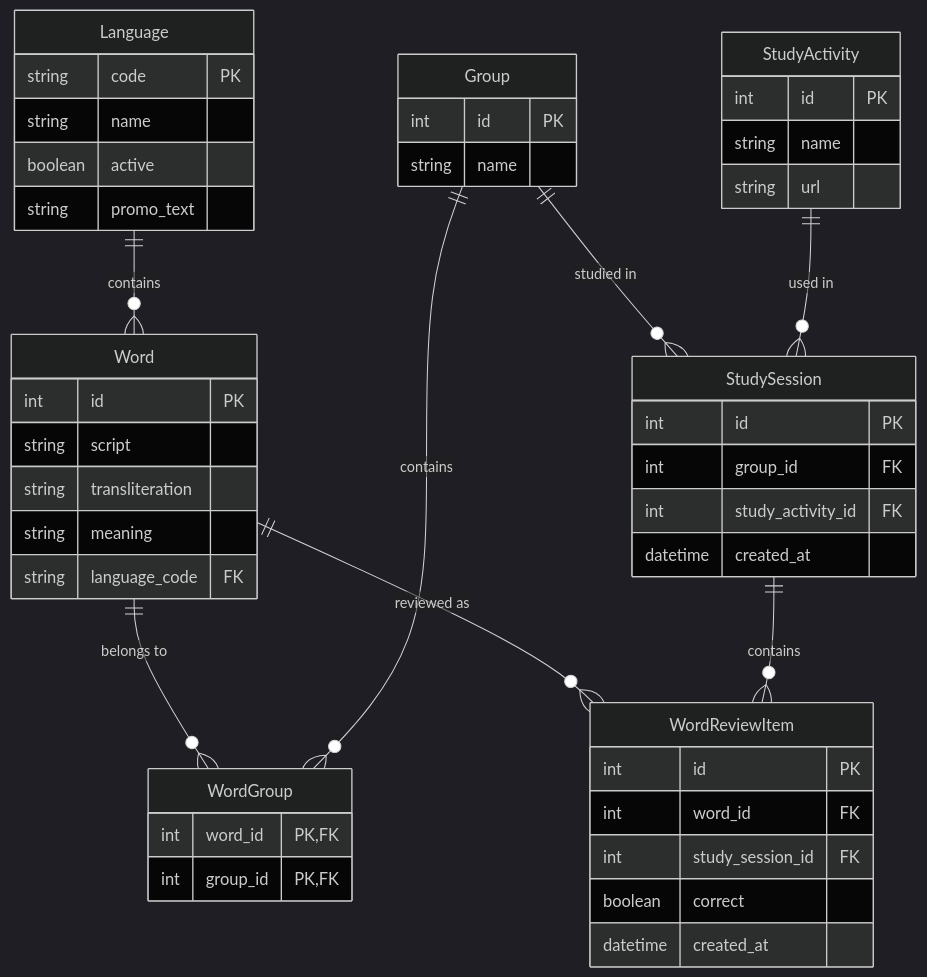
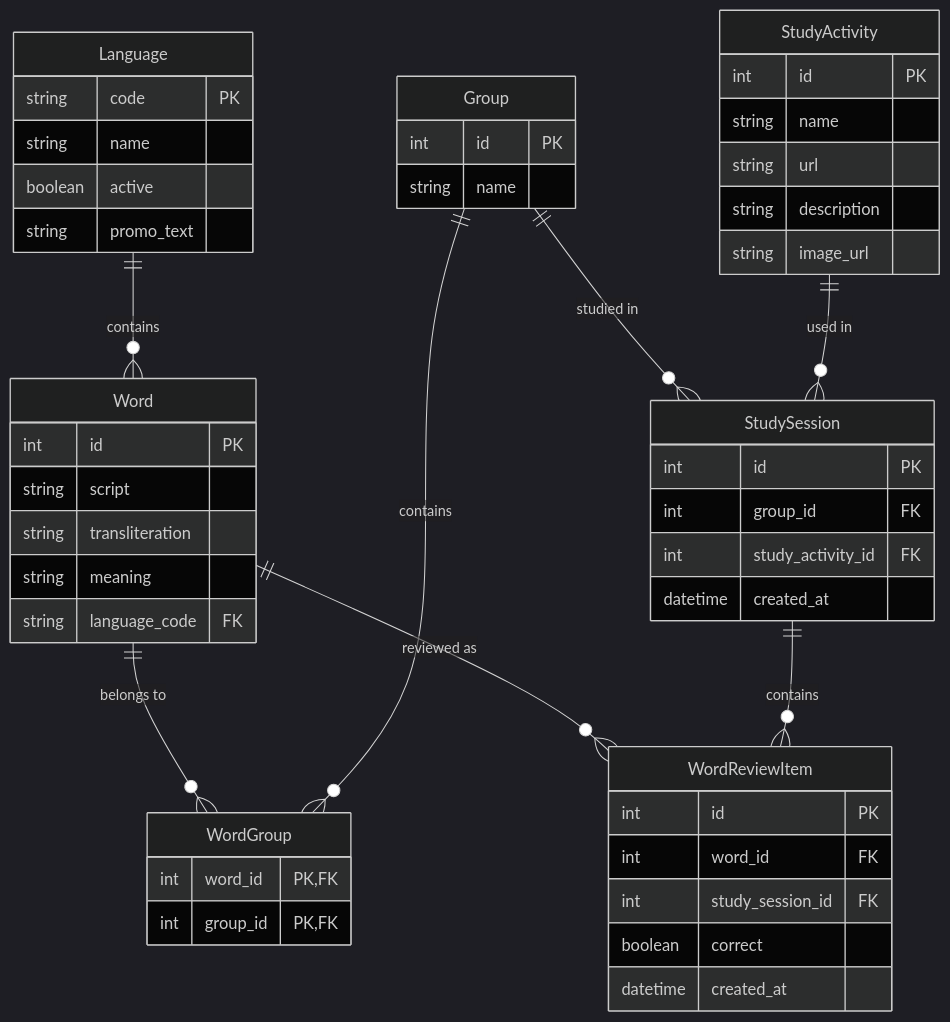
The diagram in lang-portal/tech-specs/backend-technical-specs.md (IbnouT/free-genai-bootcamp-2025), drawn with Mermaid (dark theme) before and after one commit. The commit also changed other lines of this file and 11 other files, not shown here.

````diff
--- a/lang-portal/tech-specs/backend-technical-specs.md
+++ b/lang-portal/tech-specs/backend-technical-specs.md
@@ -34,49 +34,51 @@
 ```mermaid
 erDiagram
     Language ||--o{ Word : "contains"
     Language {
         string code PK
         string name
         boolean active
         string promo_text
     }
     Word ||--o{ WordGroup : "belongs to"
     Word ||--o{ WordReviewItem : "reviewed as"
     Word {
         int id PK
         string script
         string transliteration
         string meaning
         string language_code FK
     }
     Group ||--o{ WordGroup : "contains"
     Group ||--o{ StudySession : "studied in"
     Group {
         int id PK
         string name
     }
     WordGroup {
         int word_id PK, FK
         int group_id PK, FK
     }
     StudyActivity ||--o{ StudySession : "used in"
     StudyActivity {
         int id PK
         string name
         string url
+        string description
+        string image_url
     }
     StudySession ||--o{ WordReviewItem : "contains"
     StudySession {
         int id PK
         int group_id FK
         int study_activity_id FK
         datetime created_at
     }
     WordReviewItem {
         int id PK
         int word_id FK
         int study_session_id FK
         boolean correct
         datetime created_at
     }
 ```
````
